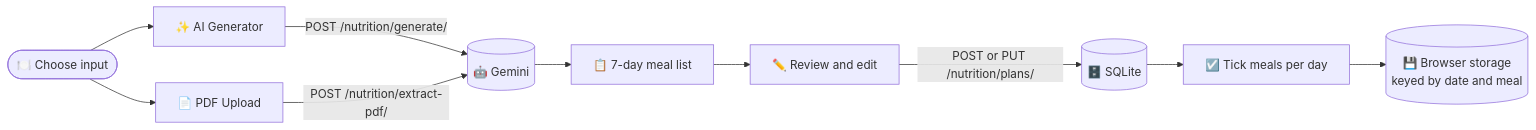
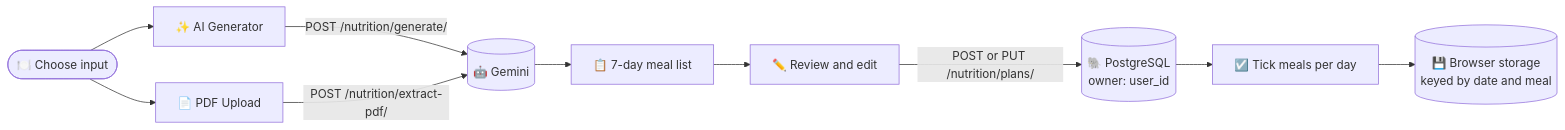
Before and after one commit to adityadubey2211-prog/FUTR: the fourth of 5 diagrams in README.md, drawn with Mermaid. The commit also changed other lines of this file, not shown here.

````diff
--- a/README.md
+++ b/README.md
@@ -164,14 +279,14 @@
 ```mermaid
 flowchart LR
     A([🍽️ Choose input]) --> B[✨ AI Generator]
     A --> C[📄 PDF Upload]
 
     B -->|POST /nutrition/generate/| D[(🤖 Gemini)]
     C -->|POST /nutrition/extract-pdf/| D
 
     D --> E[📋 7-day meal list]
     E --> F[✏️ Review and edit]
-    F -->|POST or PUT /nutrition/plans/| G[(🗄️ SQLite)]
+    F -->|POST or PUT /nutrition/plans/| G[(🐘 PostgreSQL<br/>owner: user_id)]
     G --> H[☑️ Tick meals per day]
     H --> I[(💾 Browser storage<br/>keyed by date and meal)]
 ```
````
